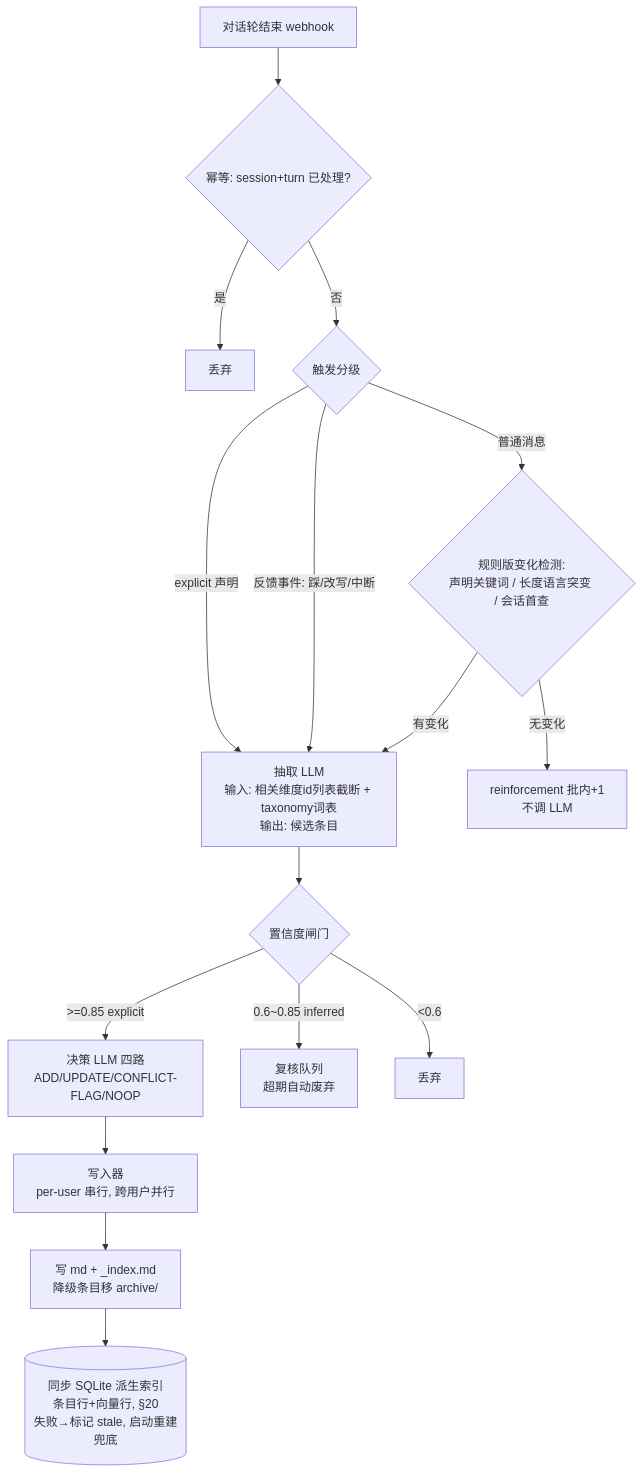
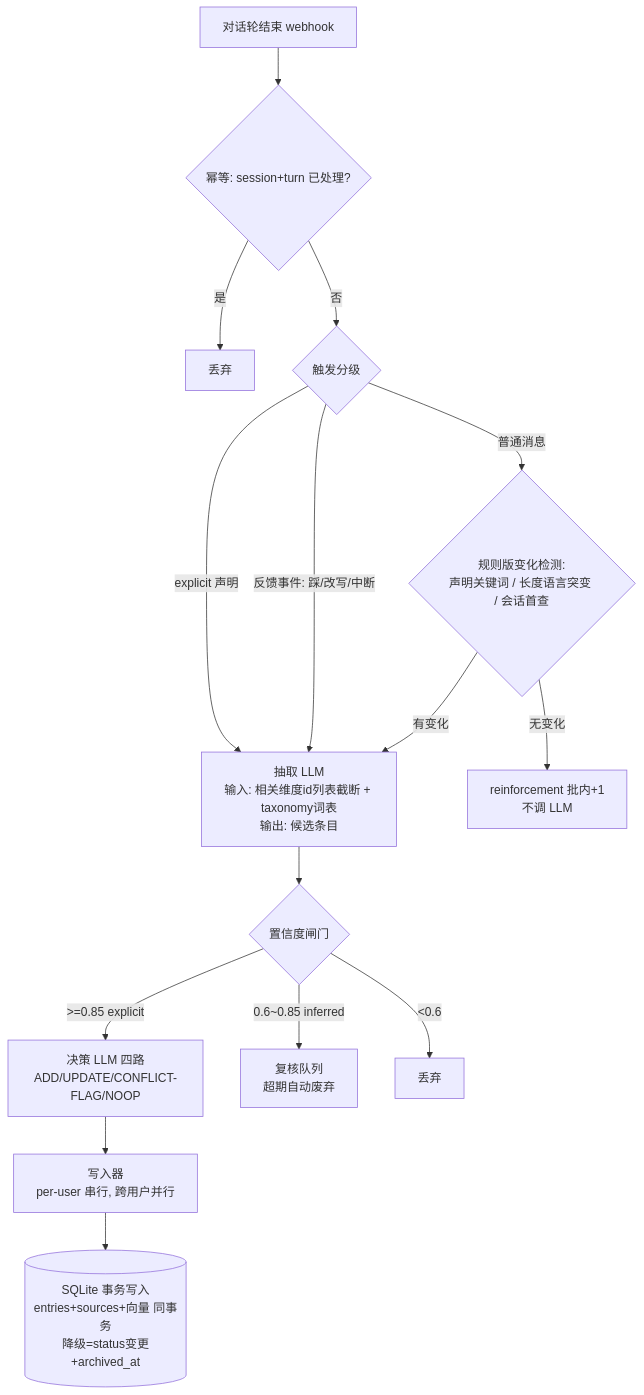
Before and after one commit to helyho/pismor: the second of 3 diagrams in docs/superpowers/specs/2026-11-23-user-profile-memory-design.md, drawn with Mermaid. The commit also changed other lines of this file, not shown here.

Commit message:
docs: 存储翻转——SQLite 升级唯一真相源，md 降为导出视图（表结构/管线/装配/降级链/备份全面对齐）

````diff
--- a/docs/superpowers/specs/2026-11-23-user-profile-memory-design.md
+++ b/docs/superpowers/specs/2026-11-23-user-profile-memory-design.md
@@ -290,18 +334,17 @@
 ```mermaid
 flowchart TD
     A[对话轮结束 webhook] --> B{幂等: session+turn 已处理?}
     B -->|是| Z[丢弃]
     B -->|否| C{触发分级}
     C -->|explicit 声明| E
     C -->|反馈事件: 踩/改写/中断| E
     C -->|普通消息| D{规则版变化检测:<br/>声明关键词 / 长度语言突变 / 会话首查}
     D -->|无变化| F[reinforcement 批内+1<br/>不调 LLM]
     D -->|有变化| E[抽取 LLM<br/>输入: 相关维度id列表截断 + taxonomy词表<br/>输出: 候选条目]
     E --> G{置信度闸门}
     G -->|>=0.85 explicit| H[决策]
     G -->|0.6~0.85 inferred| R[复核队列<br/>超期自动废弃]
     G -->|<0.6| X[丢弃]
     H[决策 LLM 四路<br/>ADD/UPDATE/CONFLICT-FLAG/NOOP] --> I[写入器<br/>per-user 串行, 跨用户并行]
-    I --> J[写 md + _index.md<br/>降级条目移 archive/]
-    J --> K[(同步 SQLite 派生索引<br/>条目行+向量行, §20<br/>失败→标记 stale, 启动重建兜底)]
+    I --> J[(SQLite 事务写入<br/>entries+sources+向量 同事务<br/>降级=status变更+archived_at)]
 ```
````
